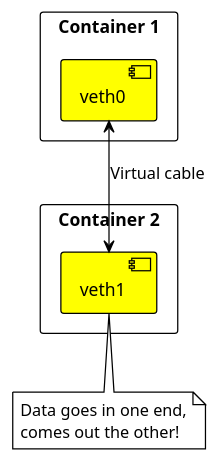
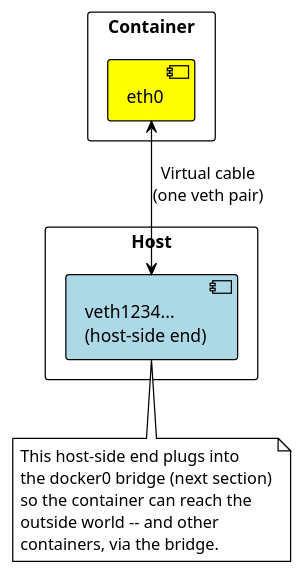
One commit to karthik-dev-82/system-notes changed the third of 13 diagrams in docs/source/network_interfaces.rst. Above: the diagram before and after it, drawn with PlantUML. The commit also changed other lines of this file, not shown here.

First line of the commit message:
Fix veth pair diagram contradicting its own caption

```diff
--- a/docs/source/network_interfaces.rst
+++ b/docs/source/network_interfaces.rst
@@ -174,12 +177,18 @@
 .. uml::
 
    !theme plain
    skinparam backgroundColor white
-   rectangle "Container 1" {
-     component "veth0" as veth0 #yellow
+   rectangle "Container" {
+     component "eth0" as veth0 #yellow
    }
-   rectangle "Container 2" {
-     component "veth1" as veth1 #yellow
+   rectangle "Host" {
+     component "veth1234...\n(host-side end)" as veth1 #LightBlue
    }
-   veth0 <--> veth1: Virtual cable
-   note bottom: Data goes in one end,\ncomes out the other!
+   veth0 <--> veth1 : Virtual cable\n(one veth pair)
+   note bottom of veth1
+     This host-side end plugs into
+     the docker0 bridge (next section)
+     so the container can reach the
+     outside world -- and other
+     containers, via the bridge.
+   end note
```
